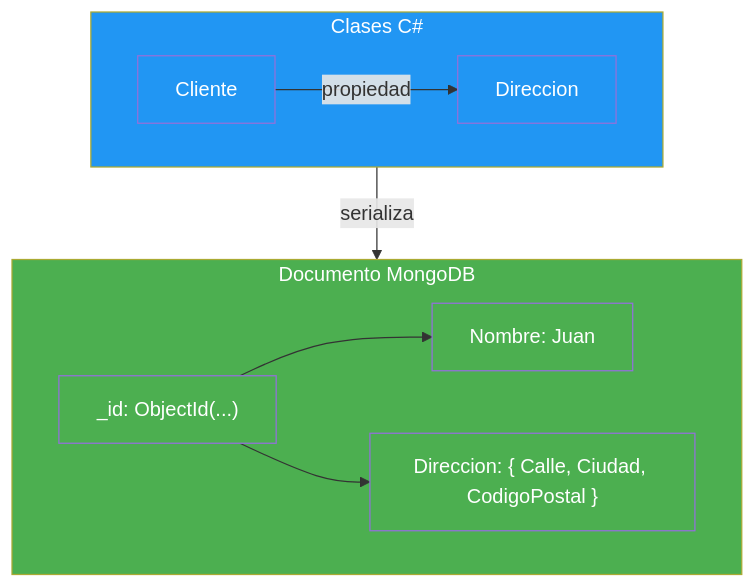
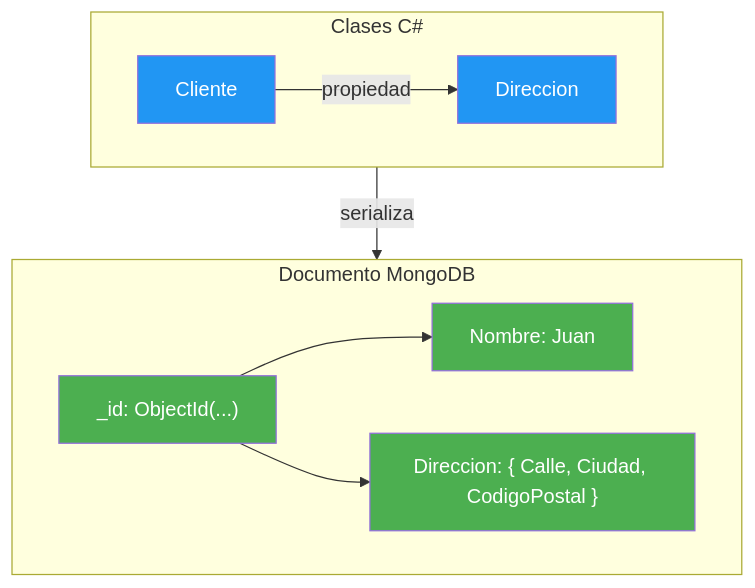
One commit to joseluisgs/DesarrolloWebEntornosServidor-02-2026-2027 changed the sixth of 9 diagrams in 13-mongodb.md. Above: the diagram before and after it, drawn with Mermaid. The commit also changed other lines of this file, not shown here.

````diff
--- a/13-mongodb.md
+++ b/13-mongodb.md
@@ -920,22 +915,20 @@
 ```mermaid
 graph TD
     subgraph CLASES["Clases C#"]
         C[Cliente] -->|propiedad| D[Direccion]
     end
 
     subgraph MONGO["Documento MongoDB"]
         M["_id: ObjectId(...)"]
         M --> N["Nombre: Juan"]
         M --> DIR["Direccion: { Calle, Ciudad, CodigoPostal }"]
     end
 
     CLASES -->|serializa| MONGO
 
-    style CLASES fill:#2196F3,color:#fff
-    style MONGO fill:#4CAF50,color:#fff
     style C fill:#2196F3,color:#fff
     style D fill:#2196F3,color:#fff
     style M fill:#4CAF50,color:#fff
     style N fill:#4CAF50,color:#fff
     style DIR fill:#4CAF50,color:#fff
 ```
````
